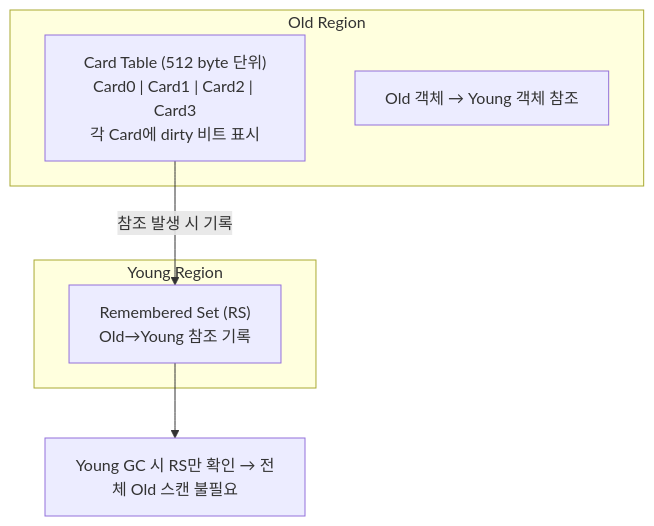
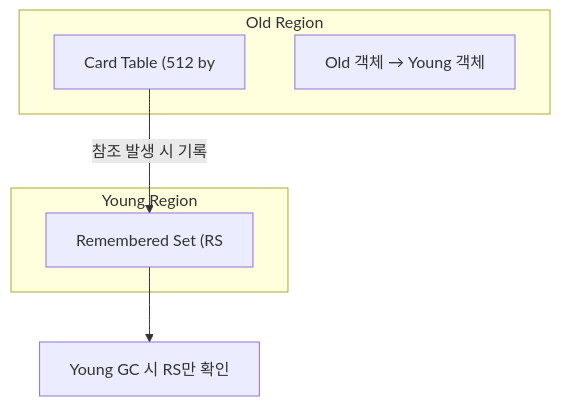
One commit to yjkim2015/yjkim2015.github.io changed diagram 16 of 29 in _posts/java/2026-05-01-java-garbage-collector.md. Above: the diagram before and after it, drawn with Mermaid. The commit also changed other lines of this file and 271 other files, not shown here.

First line of the commit message:
Mermaid 라벨 축소: 긴 노드 텍스트 18자 이하로 트림 + \n 제거

````diff
--- a/_posts/java/2026-05-01-java-garbage-collector.md
+++ b/_posts/java/2026-05-01-java-garbage-collector.md
@@ -337,13 +337,13 @@
 ```mermaid
 graph TD
     subgraph "Old Region"
-        CT["Card Table (512 byte 단위)\nCard0 | Card1 | Card2 | Card3\n각 Card에 dirty 비트 표시"]
-        OLD_OBJ["Old 객체 → Young 객체 참조"]
+        CT["Card Table (512 by"]
+        OLD_OBJ["Old 객체 → Young 객체"]
     end
     subgraph "Young Region"
-        RS["Remembered Set (RS)\nOld→Young 참조 기록"]
+        RS["Remembered Set (RS"]
     end
     CT -->|"참조 발생 시 기록"| RS
-    NOTE["Young GC 시 RS만 확인 → 전체 Old 스캔 불필요"]
+    NOTE["Young GC 시 RS만 확인"]
     RS --> NOTE
 ```
````
